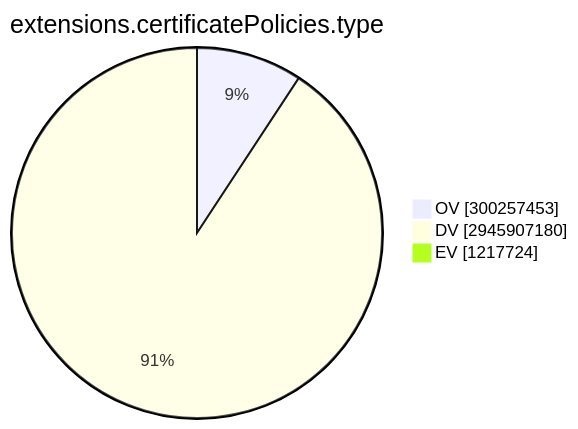
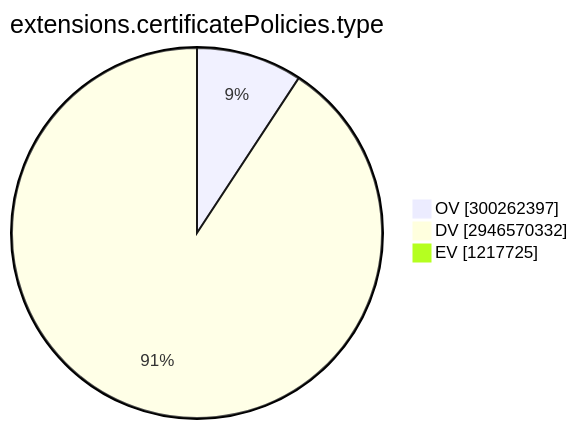
One commit to christiankrug/ctmonitor_visualization changed the ninth of 15 diagrams in TOTAL/README.md. Above: the diagram before and after it, drawn with Mermaid. The commit also changed other lines of this file, not shown here.

````diff
--- a/TOTAL/README.md
+++ b/TOTAL/README.md
@@ -3101,7 +3101,7 @@
 ```mermaid
 pie showData
 title extensions.certificatePolicies.type
-"OV" :300257453
-"DV" :2945907180
-"EV" :1217724
+"OV" :300262397
+"DV" :2946570332
+"EV" :1217725
 ```
````
